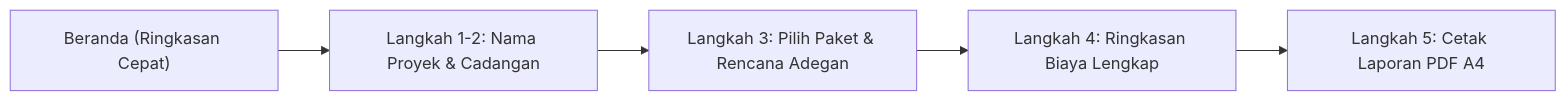
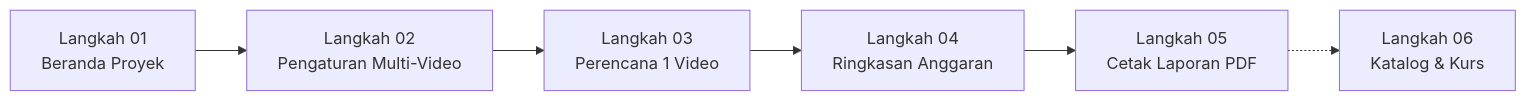
The diagram in PANDUAN-INSTALASI-DAN-PENGGUNAAN.md (artgenerativeindonesia/Desktop-token-calculator), drawn with Mermaid before and after one commit. The commit also changed other lines of this file and 15 other files, not shown here.

Commit message:
feat: rilis pembaruan akbar Versi 2.0.0 Studio Edition (integrasi 4 pilar multi-video, durasi bersih, ElevenLabs voice over, Suno AI music & stems, serta pembaruan panduan pengguna)

````diff
--- a/PANDUAN-INSTALASI-DAN-PENGGUNAAN.md
+++ b/PANDUAN-INSTALASI-DAN-PENGGUNAAN.md
@@ -91,7 +79,8 @@
 ```mermaid
 flowchart LR
-    B["Beranda (Ringkasan Cepat)"] --> L12["Langkah 1-2: Nama Proyek & Cadangan"]
-    L12 --> L3["Langkah 3: Pilih Paket & Rencana Adegan"]
-    L3 --> L4["Langkah 4: Ringkasan Biaya Lengkap"]
-    L4 --> L5["Langkah 5: Cetak Laporan PDF A4"]
+    L01["Langkah 01<br/>Beranda Proyek"] --> L02["Langkah 02<br/>Pengaturan Multi-Video"]
+    L02 --> L03["Langkah 03<br/>Perencana 1 Video"]
+    L03 --> L04["Langkah 04<br/>Ringkasan Anggaran"]
+    L04 --> L05["Langkah 05<br/>Cetak Laporan PDF"]
+    L05 -.-> L06["Langkah 06<br/>Katalog & Kurs"]
 ```
````
